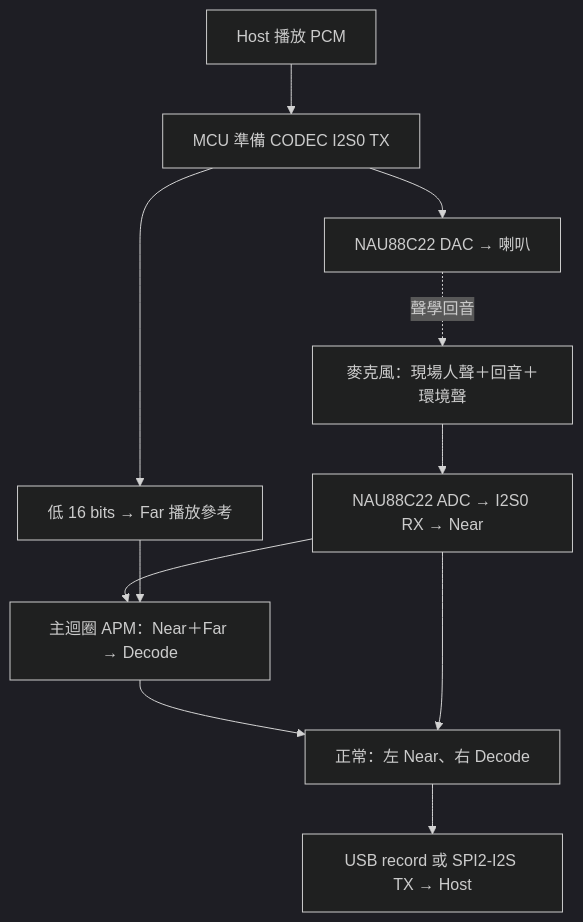
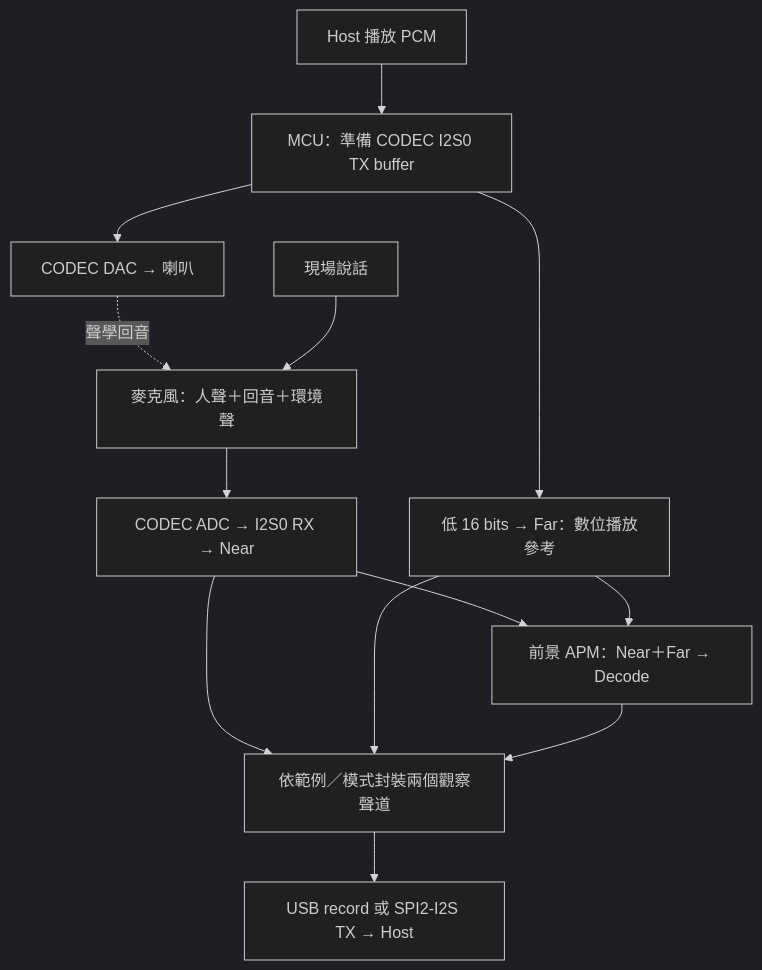
Before and after one commit to released/I94124_NAU88C22_APM_demo_v0.0.5: the diagram in README.md, drawn with Mermaid (dark theme). The commit also changed other lines of this file and 17 other files, not shown here.

````diff
--- a/README.md
+++ b/README.md
@@ -40,13 +105,15 @@
 ```mermaid
 flowchart TD
-    HOST["Host 播放 PCM"] --> TX["MCU 準備 CODEC I2S0 TX"]
-    TX --> SPK["NAU88C22 DAC → 喇叭"]
-    TX --> FAR["低 16 bits → Far 播放參考"]
-    SPK -. "聲學回音" .-> MIC["麥克風：現場人聲＋回音＋環境聲"]
-    MIC --> NEAR["NAU88C22 ADC → I2S0 RX → Near"]
-    NEAR --> APM["主迴圈 APM：Near＋Far → Decode"]
+    PLAY["Host 播放 PCM"] --> TX["MCU：準備 CODEC I2S0 TX buffer"]
+    TX --> DAC["CODEC DAC → 喇叭"]
+    TX --> FAR["低 16 bits → Far：數位播放參考"]
+    DAC -. "聲學回音" .-> MIC["麥克風：人聲＋回音＋環境聲"]
+    SPEECH["現場說話"] --> MIC
+    MIC --> RX["CODEC ADC → I2S0 RX → Near"]
+    RX --> APM["前景 APM：Near＋Far → Decode"]
     FAR --> APM
-    APM --> PACK["正常：左 Near、右 Decode"]
-    NEAR --> PACK
-    PACK --> UP["USB record 或 SPI2-I2S TX → Host"]
+    RX --> PACK["依範例／模式封裝兩個觀察聲道"]
+    FAR --> PACK
+    APM --> PACK
+    PACK --> HOST["USB record 或 SPI2-I2S TX → Host"]
 ```
````
